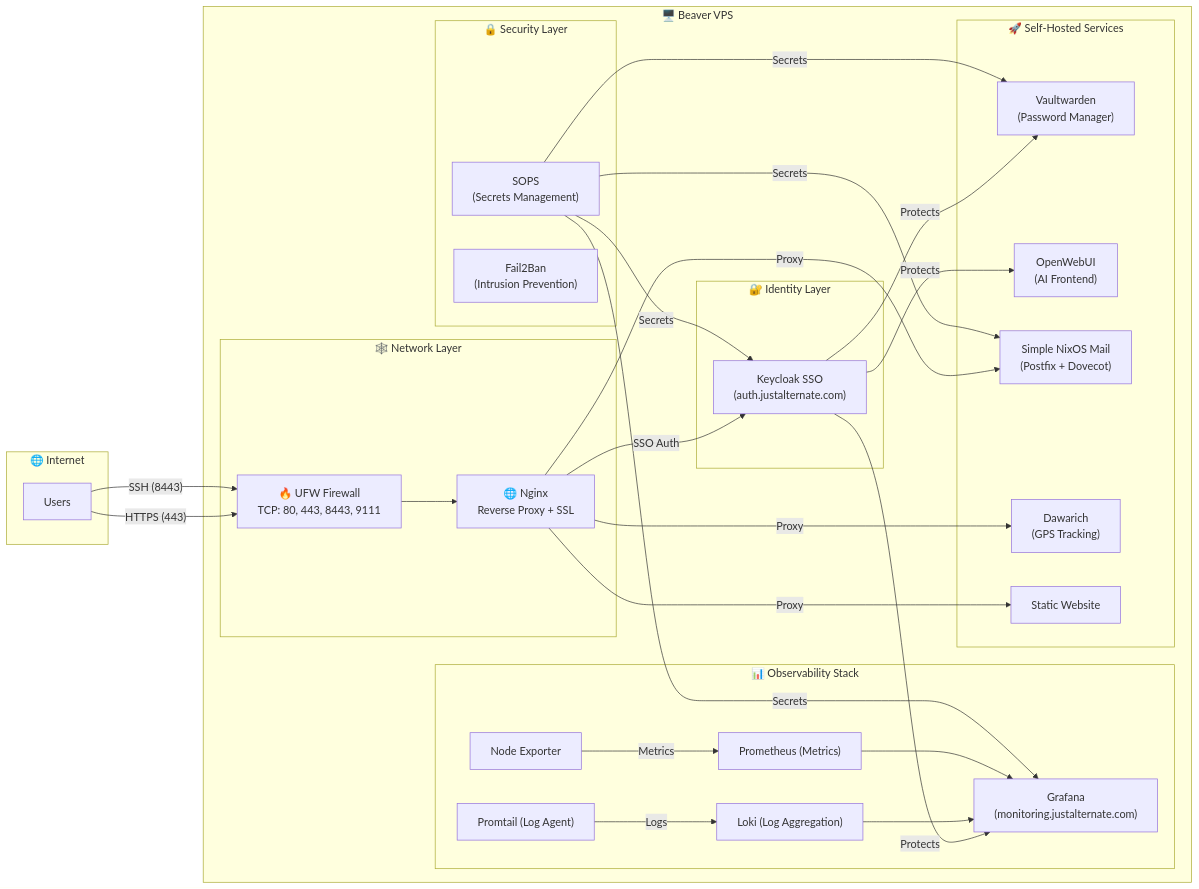
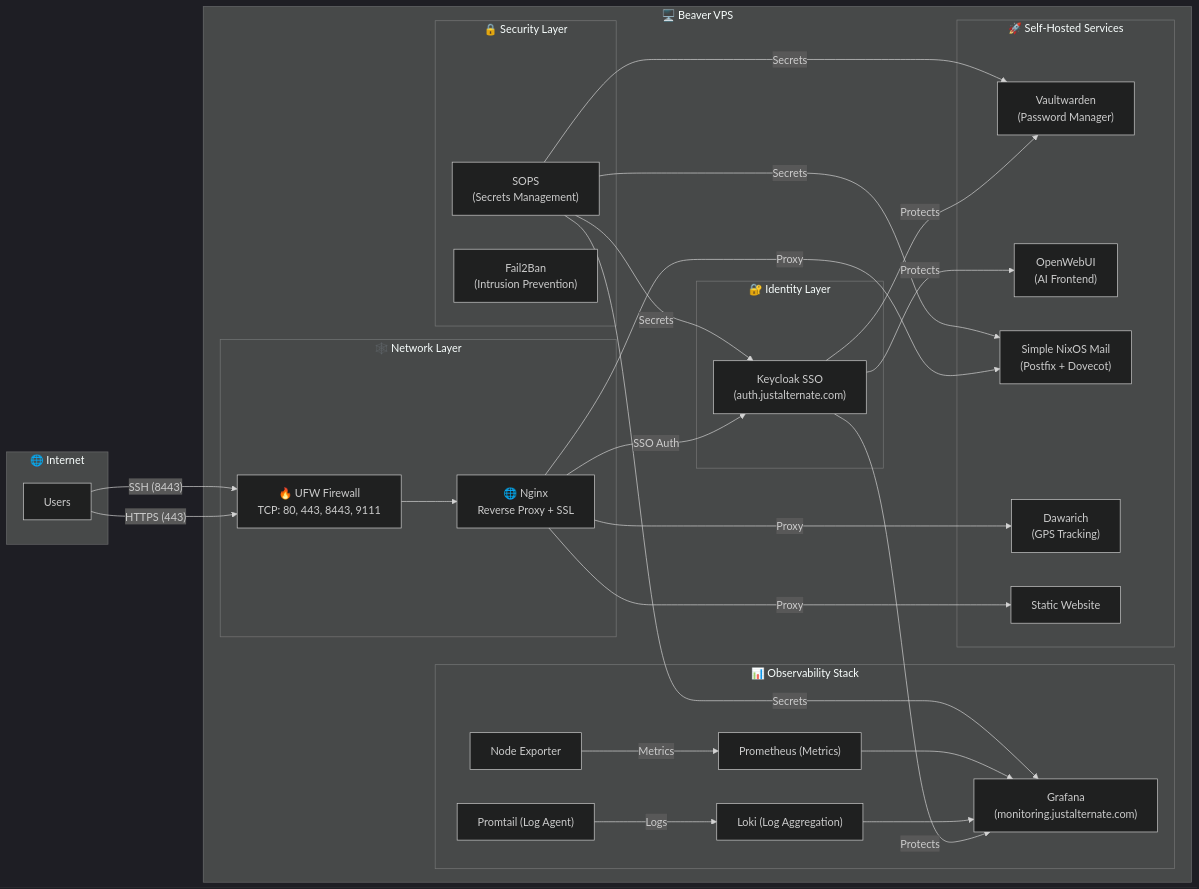
The diagram in README.md (JustAlternate/nixcfg), drawn with Mermaid before and after one commit. The commit also changed other lines of this file, not shown here.

````diff
--- a/README.md
+++ b/README.md
@@ -91,61 +42,62 @@
 ```mermaid
+%%{init: {'theme': 'dark'}}%%
 flowchart LR
     subgraph Internet["🌐 Internet"]
         Users["Users"]
     end
 
     subgraph Beaver["🖥️ Beaver VPS "]
         subgraph Network["🕸️ Network Layer"]
             Firewall["🔥 UFW Firewall<br/>TCP: 80, 443, 8443, 9111"]
             Nginx["🌐 Nginx<br/>Reverse Proxy + SSL"]
         end
 
         subgraph Auth["🔐 Identity Layer"]
             Keycloak["Keycloak SSO<br/>(auth.justalternate.com)"]
         end
 
         subgraph Monitoring["📊 Observability Stack"]
             Promtail["Promtail (Log Agent)"]
             Loki["Loki (Log Aggregation)"]
             Prometheus["Prometheus (Metrics)"]
             NodeExporter["Node Exporter"]
             Grafana["Grafana<br/>(monitoring.justalternate.com)"]
         end
 
         subgraph Services["🚀 Self-Hosted Services"]
             Vaultwarden["Vaultwarden<br/>(Password Manager)"]
             OpenWebUI["OpenWebUI<br/>(AI Frontend)"]
             Mail["Simple NixOS Mail<br/>(Postfix + Dovecot)"]
             Dawarich["Dawarich<br/>(GPS Tracking)"]
             Static["Static Website"]
         end
 
         subgraph Security["🔒 Security Layer"]
             Sops["SOPS<br/>(Secrets Management)"]
             Fail2Ban["Fail2Ban<br/>(Intrusion Prevention)"]
         end
     end
 
     Users -->|"HTTPS (443)"| Firewall
     Users -->|"SSH (8443)"| Firewall
     Firewall --> Nginx
 
     Nginx -->|"SSO Auth"| Keycloak
     Keycloak -->|"Protects"| Grafana
     Keycloak -->|"Protects"| OpenWebUI
     Keycloak -->|"Protects"| Vaultwarden
 
     Nginx -->|"Proxy"| Mail
     Nginx -->|"Proxy"| Dawarich
     Nginx -->|"Proxy"| Static
 
     Promtail -->|"Logs"| Loki
     NodeExporter -->|"Metrics"| Prometheus
     Loki --> Grafana
     Prometheus --> Grafana
 
     Sops -->|"Secrets"| Vaultwarden
     Sops -->|"Secrets"| Mail
     Sops -->|"Secrets"| Keycloak
     Sops -->|"Secrets"| Grafana
 ```
````
